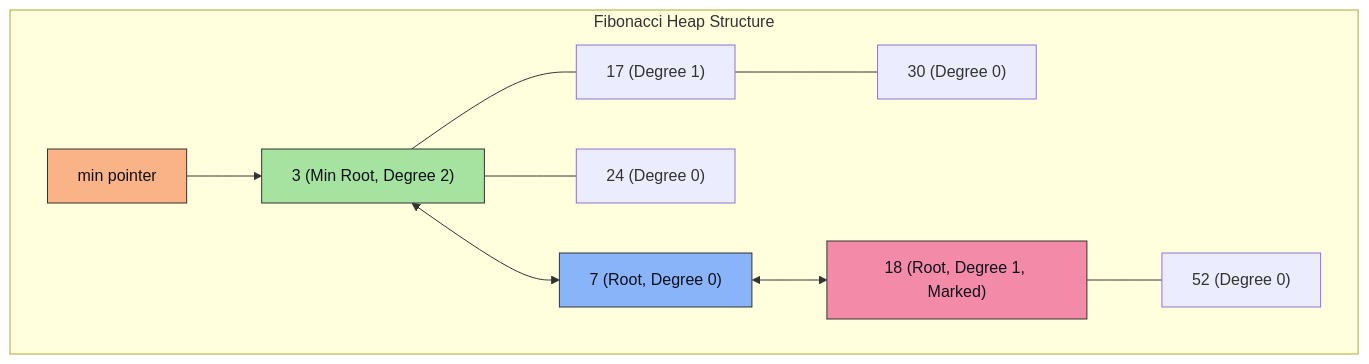
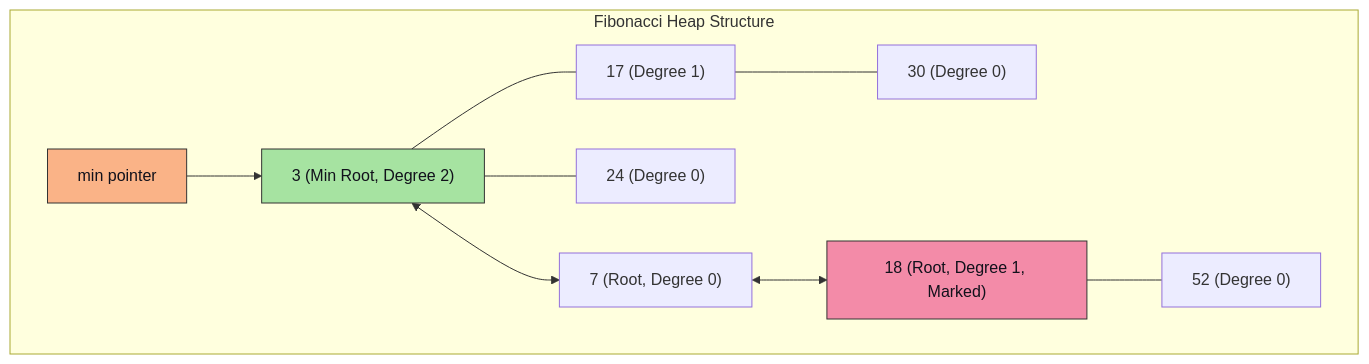
Before and after one commit to DeepLumiere/DeepSkills: the fifth of 15 diagrams in notes/design_and_analysis_of_algorithms/Unit_04_Advanced_Data_Structures.md, drawn with Mermaid. The commit also changed other lines of this file and 3 other files, not shown here.

Commit message:
docs: enhance DAA notes and fix Computer Networks Ch 4 formatting & figure layouts

````diff
--- a/notes/design_and_analysis_of_algorithms/Unit_04_Advanced_Data_Structures.md
+++ b/notes/design_and_analysis_of_algorithms/Unit_04_Advanced_Data_Structures.md
@@ -456,19 +219,16 @@
 ```mermaid
 flowchart TD
     subgraph "Fibonacci Heap Structure"
         minPtr["min pointer"] --> N3["3 (Min Root, Degree 2)"]
-
         N3 --- N17["17 (Degree 1)"]
         N3 --- N24["24 (Degree 0)"]
         N17 --- N30["30 (Degree 0)"]
-
         N3 <--> N7["7 (Root, Degree 0)"]
         N7 <--> N18["18 (Root, Degree 1, Marked)"]
         N18 --- N52["52 (Degree 0)"]
 
         style minPtr fill:#fab387,stroke:#333,color:#11111b
         style N3 fill:#a6e3a1,stroke:#333,color:#11111b
-        style N7 fill:#89b4fa,stroke:#333,color:#11111b
         style N18 fill:#f38ba8,stroke:#333,color:#11111b
     end
 ```
````
